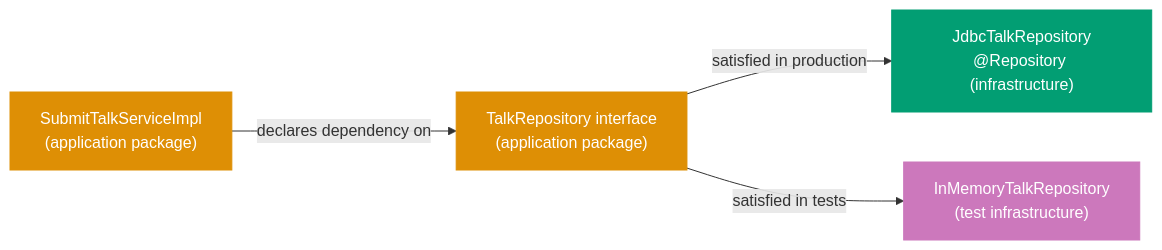
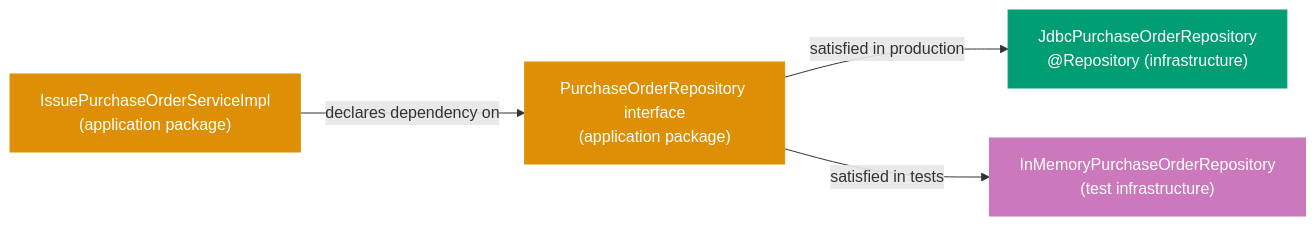
One commit to wahidyankf/open-sharia-enterprise changed the first of 3 diagrams in apps/ayokoding-web/content/en/learn/software-engineering/architecture/ddd-hexagonal-in-practice/oop-in-the-field/intermediate.md. Above: the diagram before and after it, drawn with Mermaid. The commit also changed other lines of this file and 38 other files, not shown here.

First line of the commit message:
docs(ayokoding-web): unify architecture tutorials on shared P2P domain

````diff
--- a/apps/ayokoding-web/content/en/learn/software-engineering/architecture/ddd-hexagonal-in-practice/oop-in-the-field/intermediate.md
+++ b/apps/ayokoding-web/content/en/learn/software-engineering/architecture/ddd-hexagonal-in-practice/oop-in-the-field/intermediate.md
@@ -100,14 +75,14 @@
 ```mermaid
 flowchart LR
-    svc["SubmitTalkServiceImpl\n(application package)"]:::orange
-    port["TalkRepository interface\n(application package)"]:::orange
-    jdbc["JdbcTalkRepository\n@Repository (infrastructure)"]:::teal
-    mem["InMemoryTalkRepository\n(test infrastructure)"]:::purple
+    svc["IssuePurchaseOrderServiceImpl\n(application package)"]:::orange
+    port["PurchaseOrderRepository interface\n(application package)"]:::orange
+    jdbc["JdbcPurchaseOrderRepository\n@Repository (infrastructure)"]:::teal
+    mem["InMemoryPurchaseOrderRepository\n(test infrastructure)"]:::purple
     svc -->|"declares dependency on"| port
     port -->|"satisfied in production"| jdbc
     port -->|"satisfied in tests"| mem
 
     classDef orange fill:#DE8F05,color:#fff,stroke:#DE8F05
     classDef teal fill:#029E73,color:#fff,stroke:#029E73
     classDef purple fill:#CC78BC,color:#fff,stroke:#CC78BC
 ```
````
